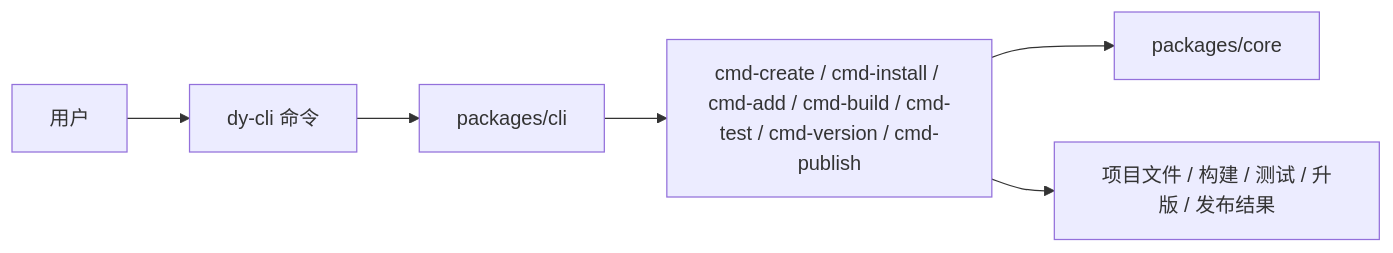
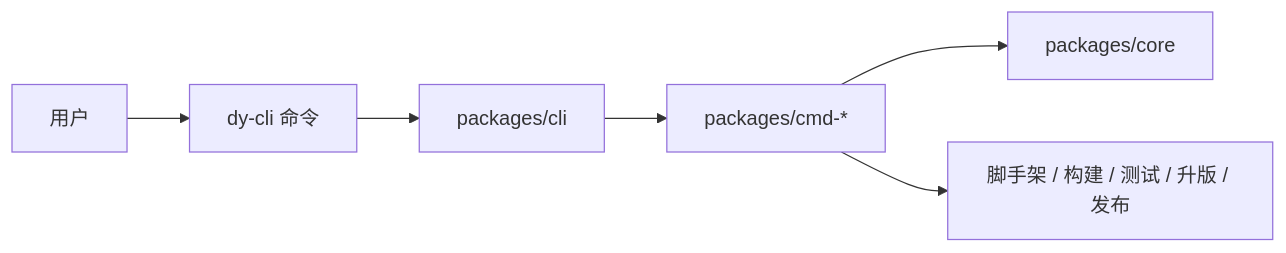
The diagram in README_ZH.md (dysonjs/cli), drawn with Mermaid before and after one commit. The commit also changed other lines of this file and 46 other files, not shown here.

````diff
--- a/README_ZH.md
+++ b/README_ZH.md
@@ -5,8 +278,8 @@
 ```mermaid
 flowchart LR
   user["用户"] --> binary["dy-cli 命令"]
   binary --> cli["packages/cli"]
-  cli --> commands["cmd-create / cmd-install / cmd-add / cmd-build / cmd-test / cmd-version / cmd-publish"]
+  cli --> commands["packages/cmd-*"]
   commands --> core["packages/core"]
-  commands --> outputs["项目文件 / 构建 / 测试 / 升版 / 发布结果"]
+  commands --> outputs["脚手架 / 构建 / 测试 / 升版 / 发布"]
 ```
````
